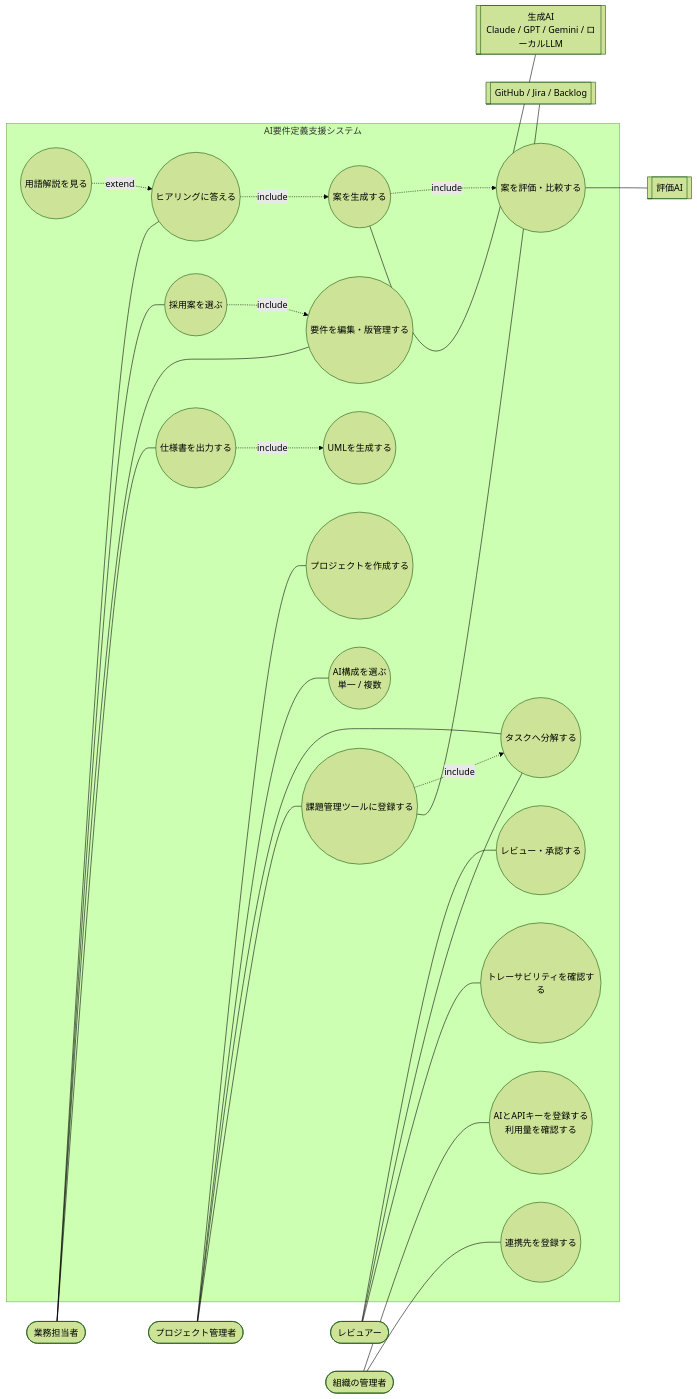
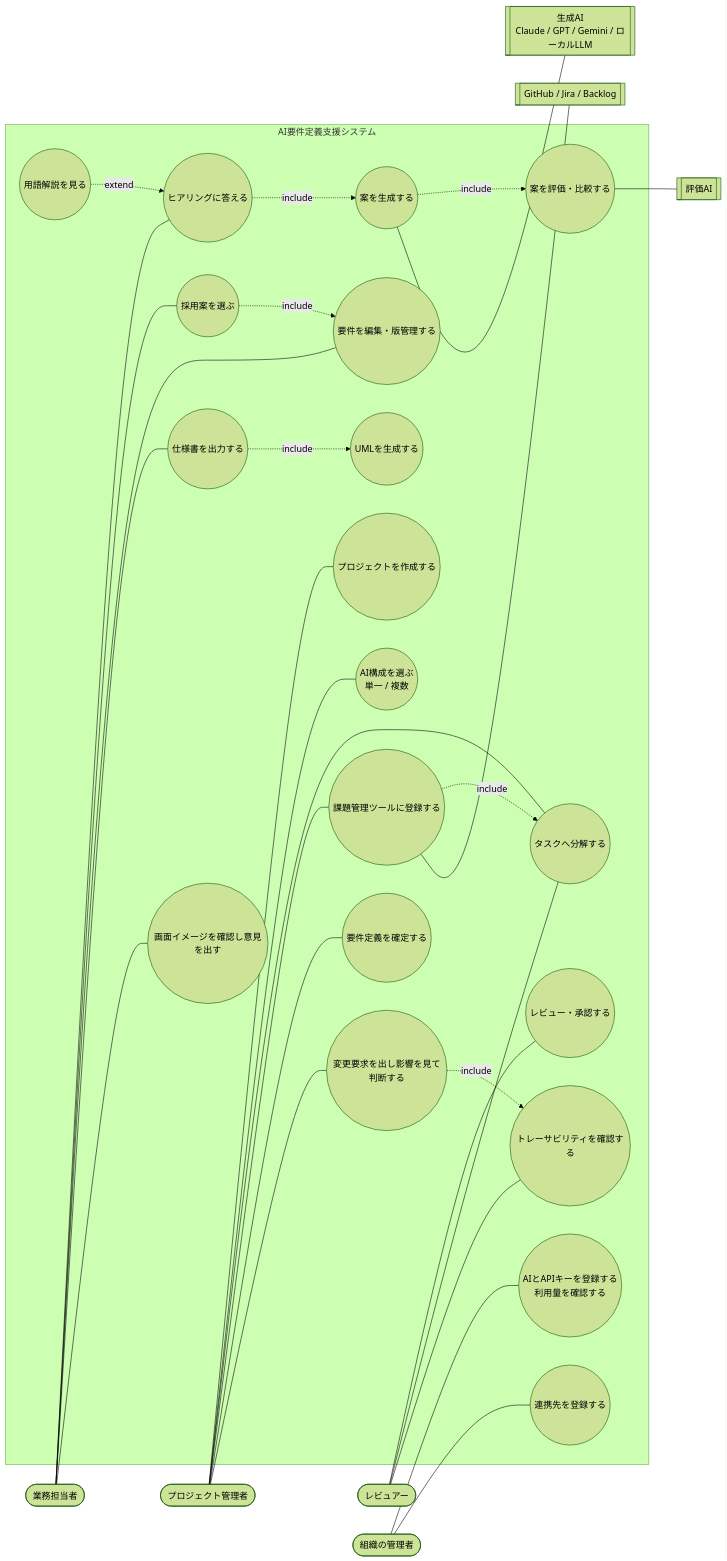
One commit to UeEmon/ai-requirements-navigator changed the diagram in docs/uml/01-usecase.mmd. Above: the diagram before and after it, drawn with Mermaid (forest theme). The commit also changed 8 other files, not shown here.

First line of the commit message:
画面と変更管理のドキュメント（ADR 0006・要件定義書・README・UML）、ワイヤーフレームをラジオボタン方式に、代替案の重複をまとめる

```diff
--- a/docs/uml/01-usecase.mmd
+++ b/docs/uml/01-usecase.mmd
@@ -1,50 +1,57 @@
 flowchart LR
     U([業務担当者])
     PM([プロジェクト管理者])
     RV([レビュアー])
     AD([組織の管理者])
     GAI[[生成AI<br/>Claude / GPT / Gemini / ローカルLLM]]
     EAI[[評価AI]]
 
     subgraph SYS[AI要件定義支援システム]
         UC1((プロジェクトを作成する))
         UC2((AI構成を選ぶ<br/>単一 / 複数))
         UC3((ヒアリングに答える))
         UC4((用語解説を見る))
         UC5((案を生成する))
         UC6((案を評価・比較する))
         UC7((採用案を選ぶ))
         UC8((要件を編集・版管理する))
         UC9((UMLを生成する))
         UC10((仕様書を出力する))
         UC11((レビュー・承認する))
         UC12((タスクへ分解する))
         UC13((AIとAPIキーを登録する<br/>利用量を確認する))
         UC14((課題管理ツールに登録する))
         UC15((トレーサビリティを確認する))
         UC16((連携先を登録する))
+        UC17((画面イメージを確認し意見を出す))
+        UC18((要件定義を確定する))
+        UC19((変更要求を出し影響を見て判断する))
     end
     ITS[[GitHub / Jira / Backlog]]
 
     PM --- UC1
     PM --- UC2
     U --- UC3
     U --- UC7
     U --- UC8
     U --- UC10
     RV --- UC11
     RV --- UC12
     AD --- UC13
     AD --- UC16
     PM --- UC12
     PM --- UC14
     RV --- UC15
     UC14 -.include.-> UC12
     UC14 --- ITS
+    U --- UC17
+    PM --- UC18
+    PM --- UC19
+    UC19 -.include.-> UC15
     UC3 -.include.-> UC5
     UC4 -.extend.-> UC3
     UC5 -.include.-> UC6
     UC7 -.include.-> UC8
     UC10 -.include.-> UC9
     UC5 --- GAI
     UC6 --- EAI
```
